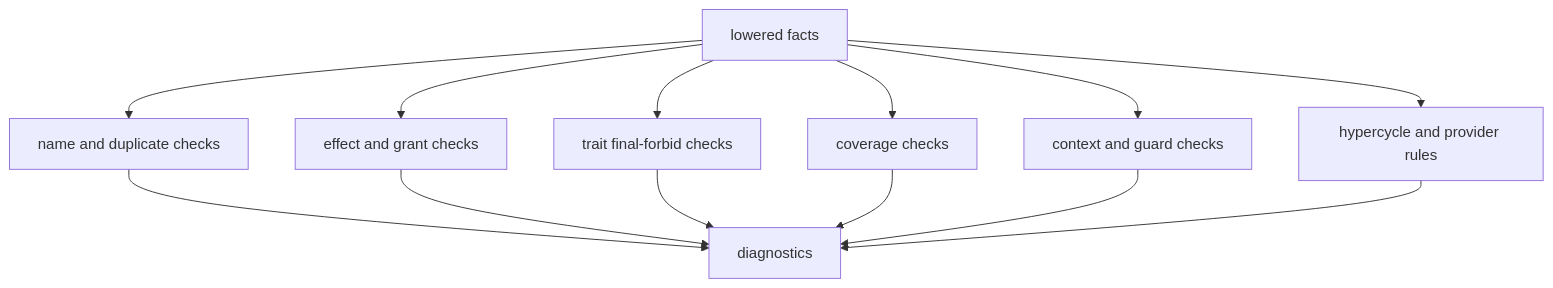
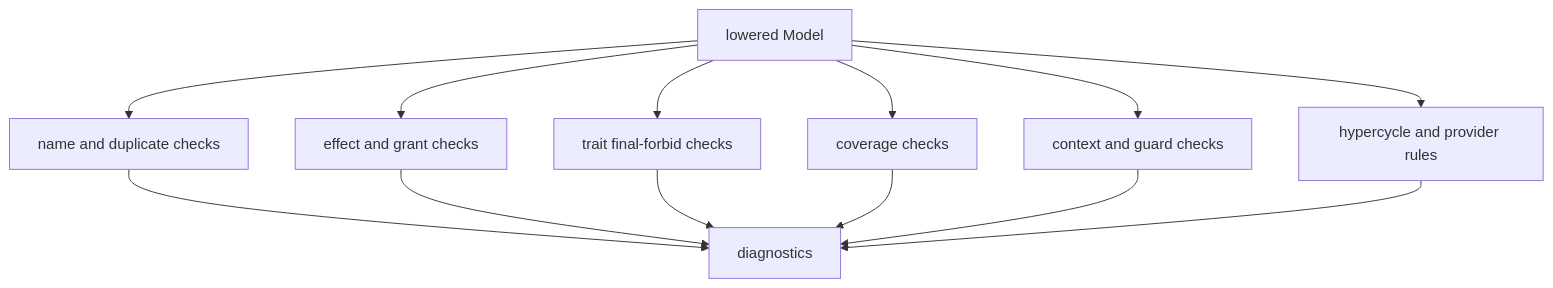
One commit to timbrinded/shapelang changed the first of 2 diagrams in docs-site/src/content/docs/inside-shape/rule-evaluation.md. Above: the diagram before and after it, drawn with Mermaid. The commit also changed other lines of this file and 40 other files, not shown here.

````diff
--- a/docs-site/src/content/docs/inside-shape/rule-evaluation.md
+++ b/docs-site/src/content/docs/inside-shape/rule-evaluation.md
@@ -16,15 +18,15 @@
 ```mermaid
 flowchart TD
-  A["lowered facts"] --> B["name and duplicate checks"]
+  A["lowered Model"] --> B["name and duplicate checks"]
   A --> C["effect and grant checks"]
   A --> D["trait final-forbid checks"]
   A --> E["coverage checks"]
   A --> F["context and guard checks"]
   A --> G["hypercycle and provider rules"]
   B --> H["diagnostics"]
   C --> H
   D --> H
   E --> H
   F --> H
   G --> H
 ```
````
